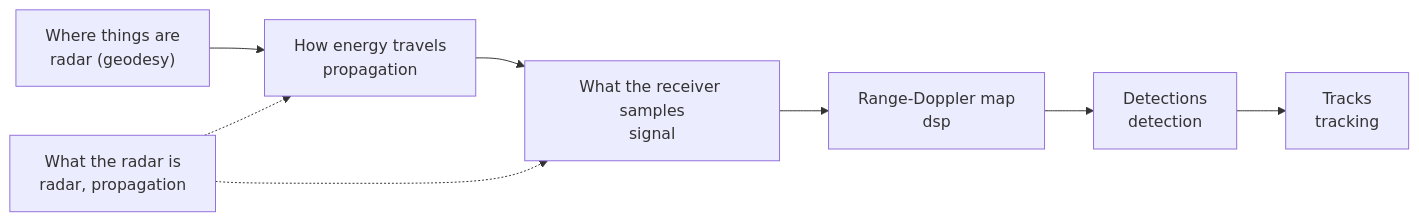
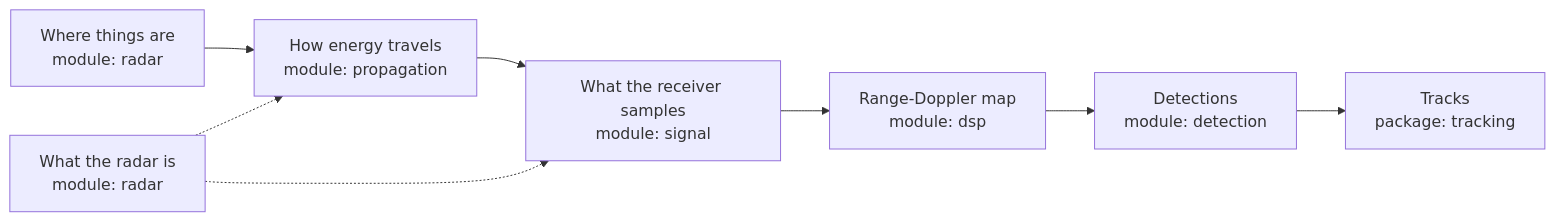
One commit to nyuting/radar-forge changed the diagram in docs/user-guide/README.md. Above: the diagram before and after it, drawn with Mermaid. The commit also changed other lines of this file and 26 other files, not shown here.

````diff
--- a/docs/user-guide/README.md
+++ b/docs/user-guide/README.md
@@ -12,10 +12,10 @@
 ```mermaid
 flowchart LR
-    A["Where things are<br/>radar (geodesy)"] --> B["How energy travels<br/>propagation"]
-    B --> C["What the receiver samples<br/>signal"]
-    C --> D["Range-Doppler map<br/>dsp"]
-    D --> E["Detections<br/>detection"]
-    E --> F["Tracks<br/>tracking"]
-    R["What the radar is<br/>radar, propagation"] -.-> B
+    A["Where things are<br/>module: radar"] --> B["How energy travels<br/>module: propagation"]
+    B --> C["What the receiver samples<br/>module: signal"]
+    C --> D["Range-Doppler map<br/>module: dsp"]
+    D --> E["Detections<br/>module: detection"]
+    E --> F["Tracks<br/>package: tracking"]
+    R["What the radar is<br/>module: radar"] -.-> B
     R -.-> C
 ```
````
